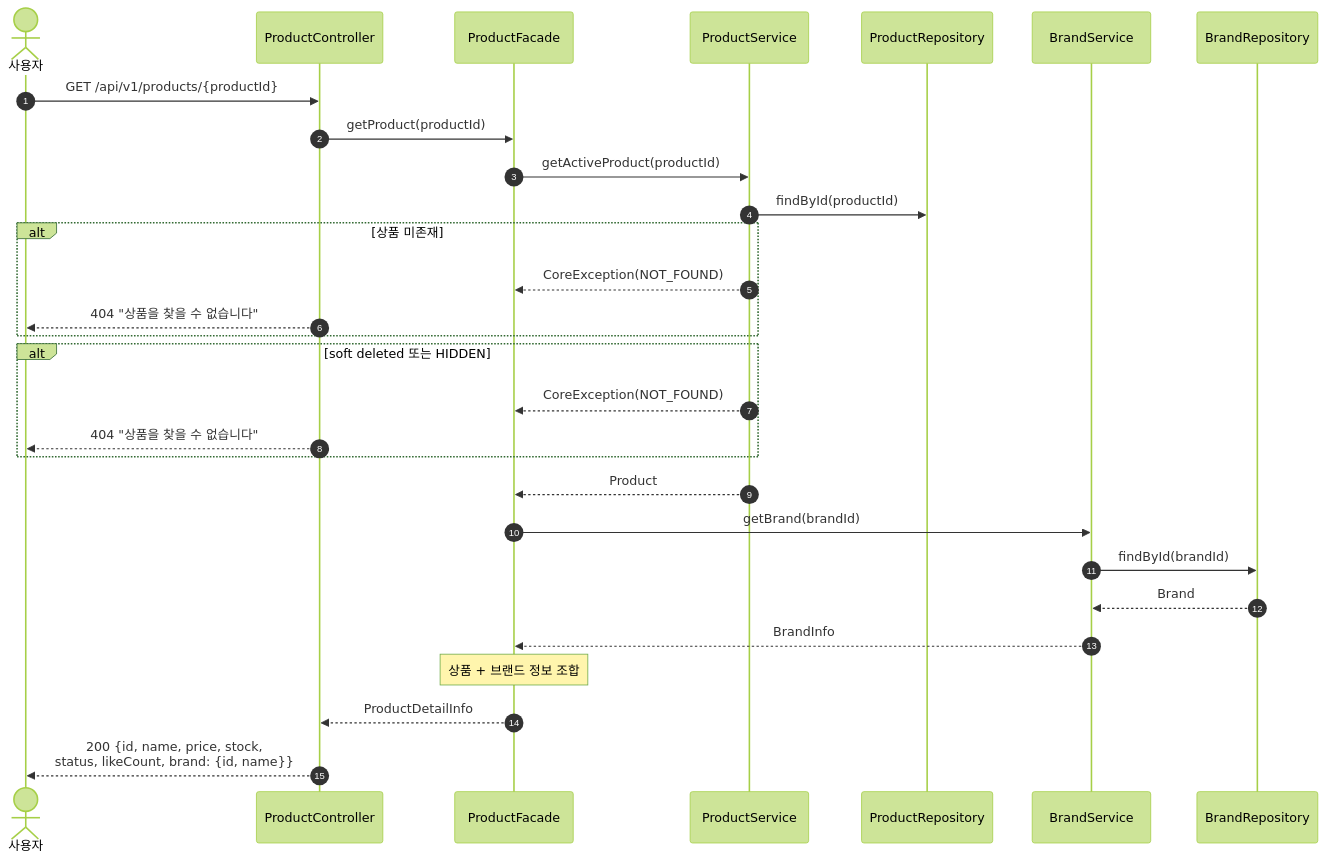
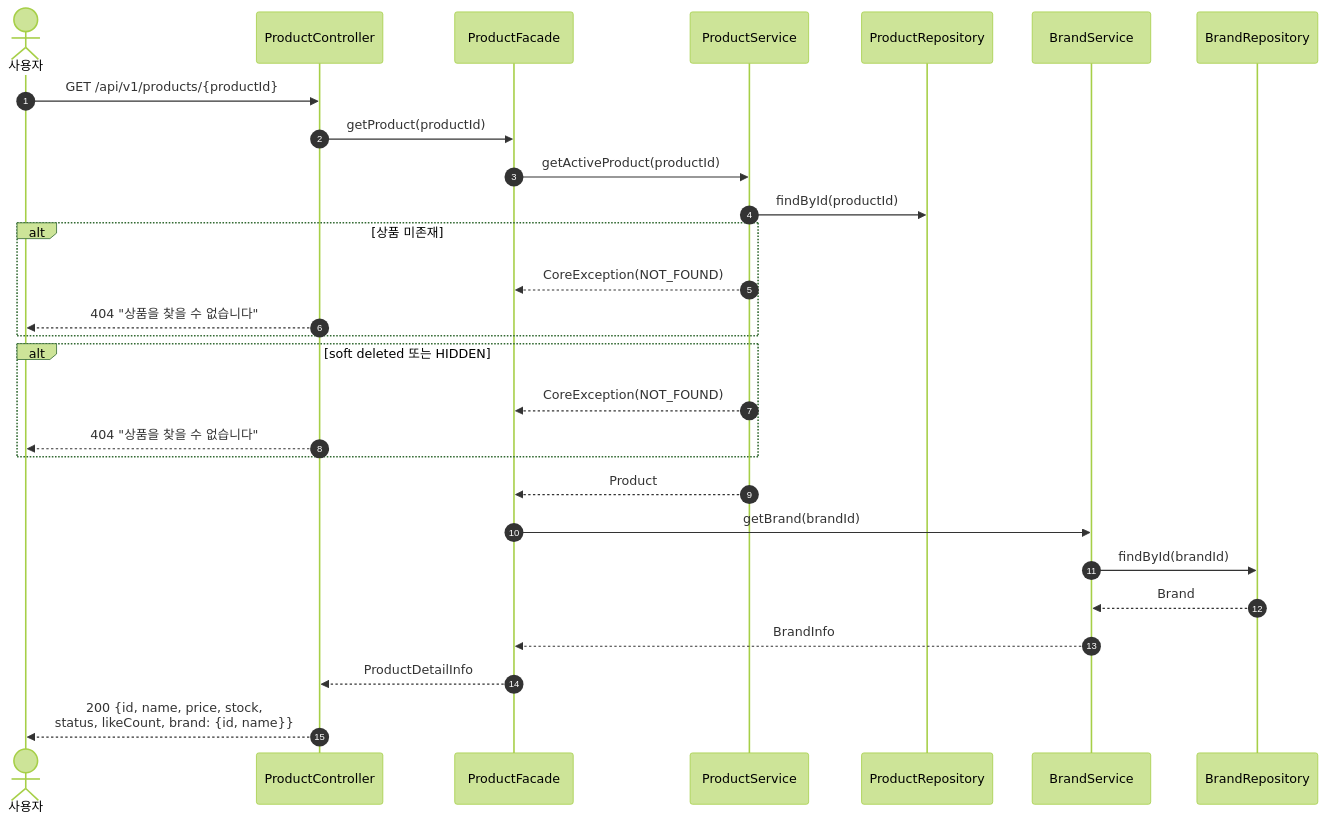
Before and after one commit to Loopers-dev-lab/loop-pack-be-l2-vol3-kotlin: the third of 21 diagrams in docs/design/02-sequence-diagrams.md, drawn with Mermaid (forest theme). The commit also changed other lines of this file and 5 other files, not shown here.

````diff
--- a/docs/design/02-sequence-diagrams.md
+++ b/docs/design/02-sequence-diagrams.md
@@ -75,34 +86,33 @@
 ```mermaid
 sequenceDiagram
     autonumber
     actor User as 사용자
     participant C as ProductController
     participant F as ProductFacade
     participant PS as ProductService
     participant PR as ProductRepository
     participant BS as BrandService
     participant BR as BrandRepository
     User ->> C: GET /api/v1/products/{productId}
     C ->> F: getProduct(productId)
     F ->> PS: getActiveProduct(productId)
     PS ->> PR: findById(productId)
 
     alt 상품 미존재
         PS -->> F: CoreException(NOT_FOUND)
         C -->> User: 404 "상품을 찾을 수 없습니다"
     end
 
     alt soft deleted 또는 HIDDEN
         PS -->> F: CoreException(NOT_FOUND)
         C -->> User: 404 "상품을 찾을 수 없습니다"
     end
 
     PS -->> F: Product
     F ->> BS: getBrand(brandId)
     BS ->> BR: findById(brandId)
     BR -->> BS: Brand
     BS -->> F: BrandInfo
-    Note over F: 상품 + 브랜드 정보 조합
     F -->> C: ProductDetailInfo
     C -->> User: 200 {id, name, price, stock,<br/>status, likeCount, brand: {id, name}}
 ```
````
